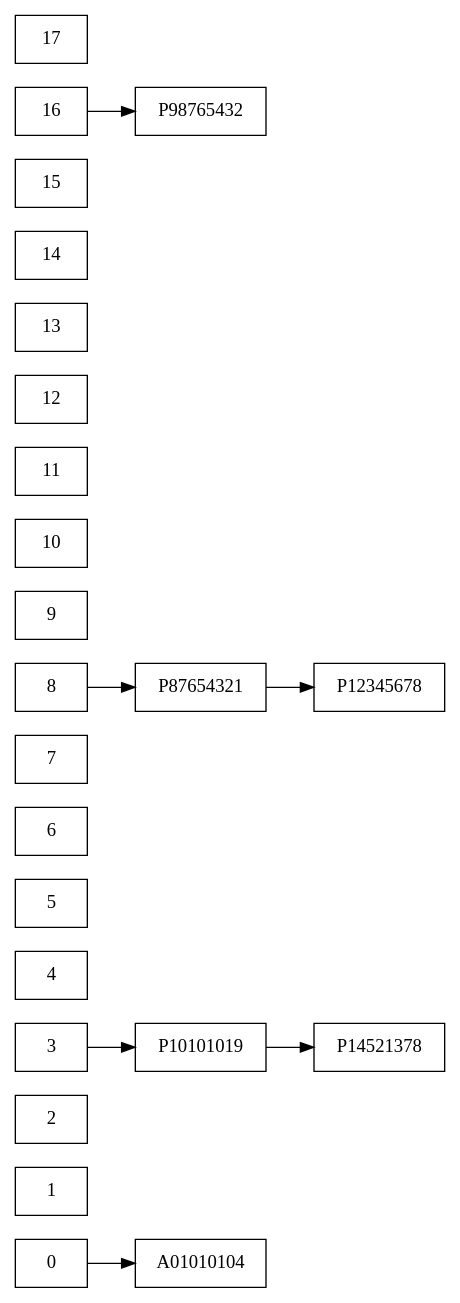
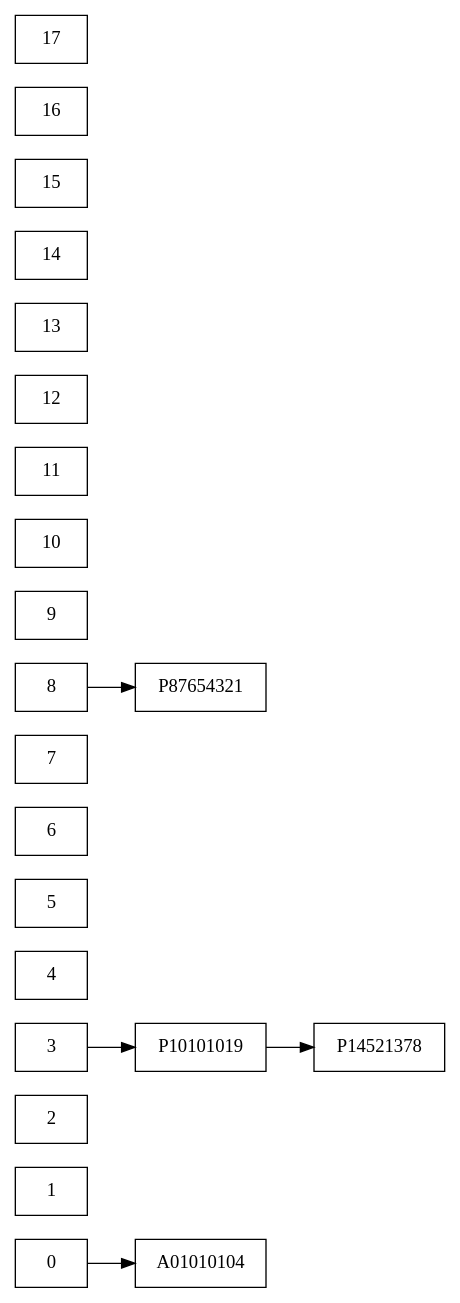
The diagram in tabla_hash_visualizacion.dot (sajche12/201904490_EDD_Proyecto), drawn with Graphviz before and after one commit. The commit also changed 18 other files, not shown here.

```diff
--- a/tabla_hash_visualizacion.dot
+++ b/tabla_hash_visualizacion.dot
@@ -1,34 +1,30 @@
 digraph TablaHash {
 rankdir=LR;
 node [shape=box];
 0 [label="0"];
 A01010104 [label="A01010104"];
 0 -> A01010104;
 1 [label="1"];
 2 [label="2"];
 3 [label="3"];
 P10101019 [label="P10101019"];
 3 -> P10101019;
 P14521378 [label="P14521378"];
 P10101019 -> P14521378;
 4 [label="4"];
 5 [label="5"];
 6 [label="6"];
 7 [label="7"];
 8 [label="8"];
 P87654321 [label="P87654321"];
 8 -> P87654321;
-P12345678 [label="P12345678"];
-P87654321 -> P12345678;
 9 [label="9"];
 10 [label="10"];
 11 [label="11"];
 12 [label="12"];
 13 [label="13"];
 14 [label="14"];
 15 [label="15"];
 16 [label="16"];
-P98765432 [label="P98765432"];
-16 -> P98765432;
 17 [label="17"];
 }
```
